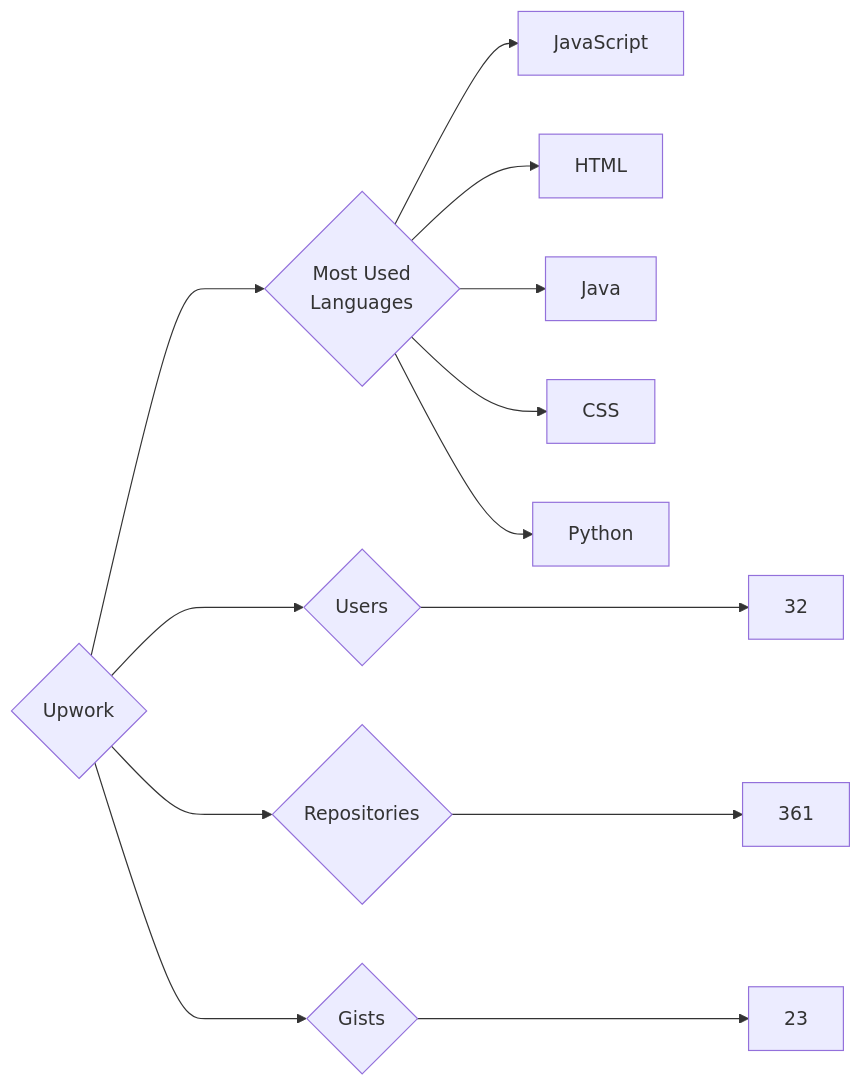
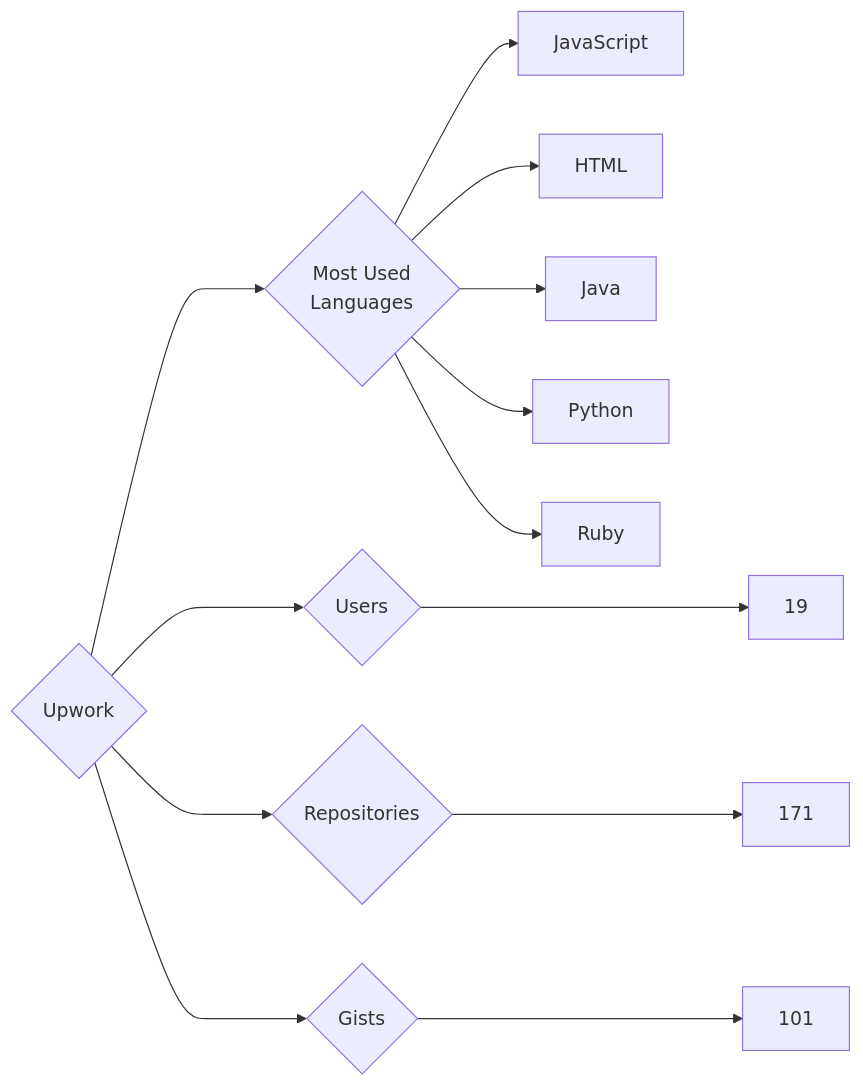
Before and after one commit to trickest/insiders: the diagram in targets/Upwork/README.md, drawn with Mermaid. The commit also changed 787 other files, not shown here.

````diff
--- a/targets/Upwork/README.md
+++ b/targets/Upwork/README.md
@@ -3,13 +3,13 @@
 ```mermaid
 graph LR
 COMPANY_NAME{Upwork}
-COMPANY_NAME ---> U{Users} ---> UN[32]
-COMPANY_NAME ---> R{Repositories} ---> RN[361]
-COMPANY_NAME ---> G{Gists} ---> GN[23]
+COMPANY_NAME ---> U{Users} ---> UN[19]
+COMPANY_NAME ---> R{Repositories} ---> RN[171]
+COMPANY_NAME ---> G{Gists} ---> GN[101]
 COMPANY_NAME ---> ML{Most Used<br>Languages}
 ML --> JavaScript[JavaScript]
 ML --> HTML[HTML]
 ML --> Java[Java]
-ML --> CSS[CSS]
 ML --> Python[Python]
+ML --> Ruby[Ruby]
 ```
````
